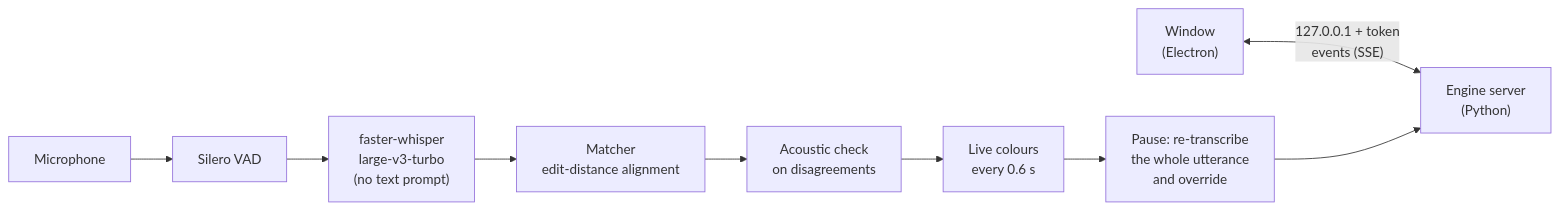
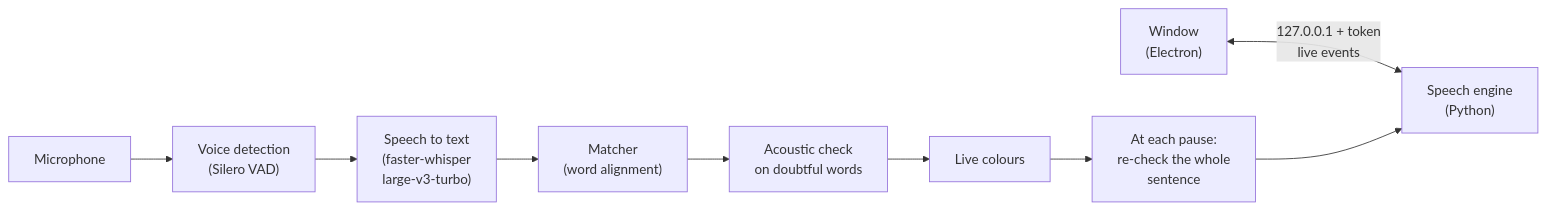
The diagram in README.md (yassinemaazaoui114-git/ReciteFlow), drawn with Mermaid before and after one commit. The commit also changed other lines of this file and 7 other files, not shown here.

````diff
--- a/README.md
+++ b/README.md
@@ -48,11 +178,11 @@
 ```mermaid
 flowchart LR
-    W["Window<br/>(Electron)"] <-->|"127.0.0.1 + token<br/>events (SSE)"| S["Engine server<br/>(Python)"]
-    M[Microphone] --> B[Silero VAD]
-    B --> C["faster-whisper<br/>large-v3-turbo<br/>(no text prompt)"]
-    C --> D["Matcher<br/>edit-distance alignment"]
-    D --> E["Acoustic check<br/>on disagreements"]
-    E --> F["Live colours<br/>every 0.6 s"]
-    F --> G["Pause: re-transcribe<br/>the whole utterance<br/>and override"]
+    W["Window<br/>(Electron)"] <-->|"127.0.0.1 + token<br/>live events"| S["Speech engine<br/>(Python)"]
+    M[Microphone] --> B["Voice detection<br/>(Silero VAD)"]
+    B --> C["Speech to text<br/>(faster-whisper<br/>large-v3-turbo)"]
+    C --> D["Matcher<br/>(word alignment)"]
+    D --> E["Acoustic check<br/>on doubtful words"]
+    E --> F["Live colours"]
+    F --> G["At each pause:<br/>re-check the whole<br/>sentence"]
     G --> S
 ```
````
